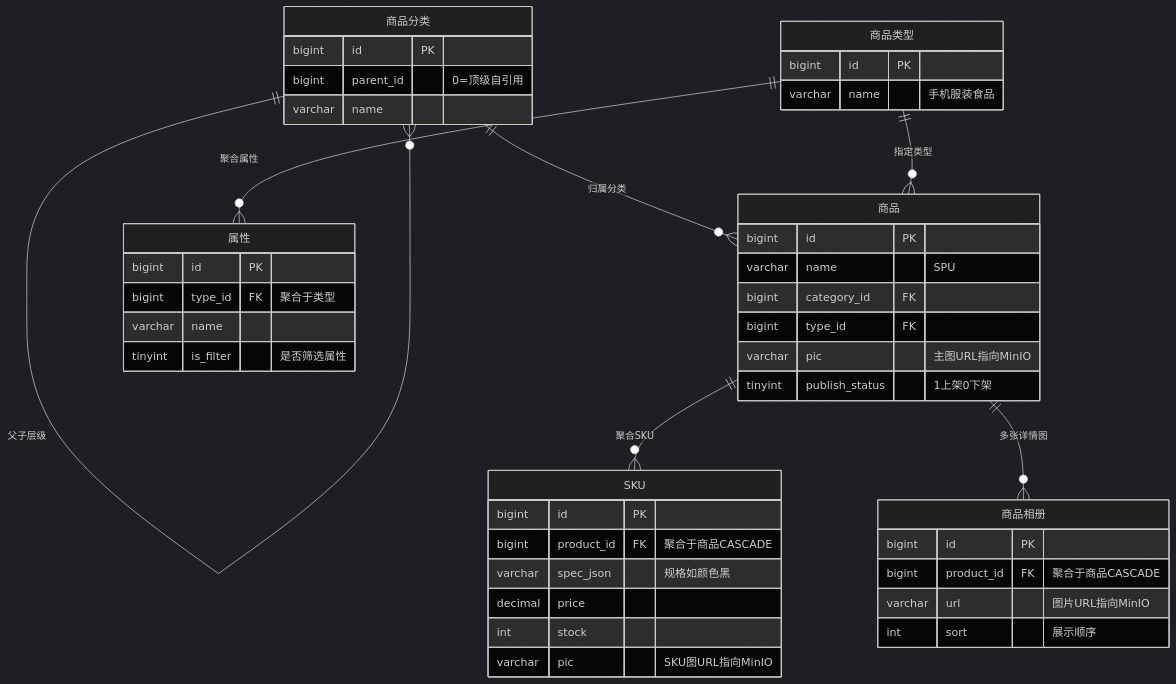
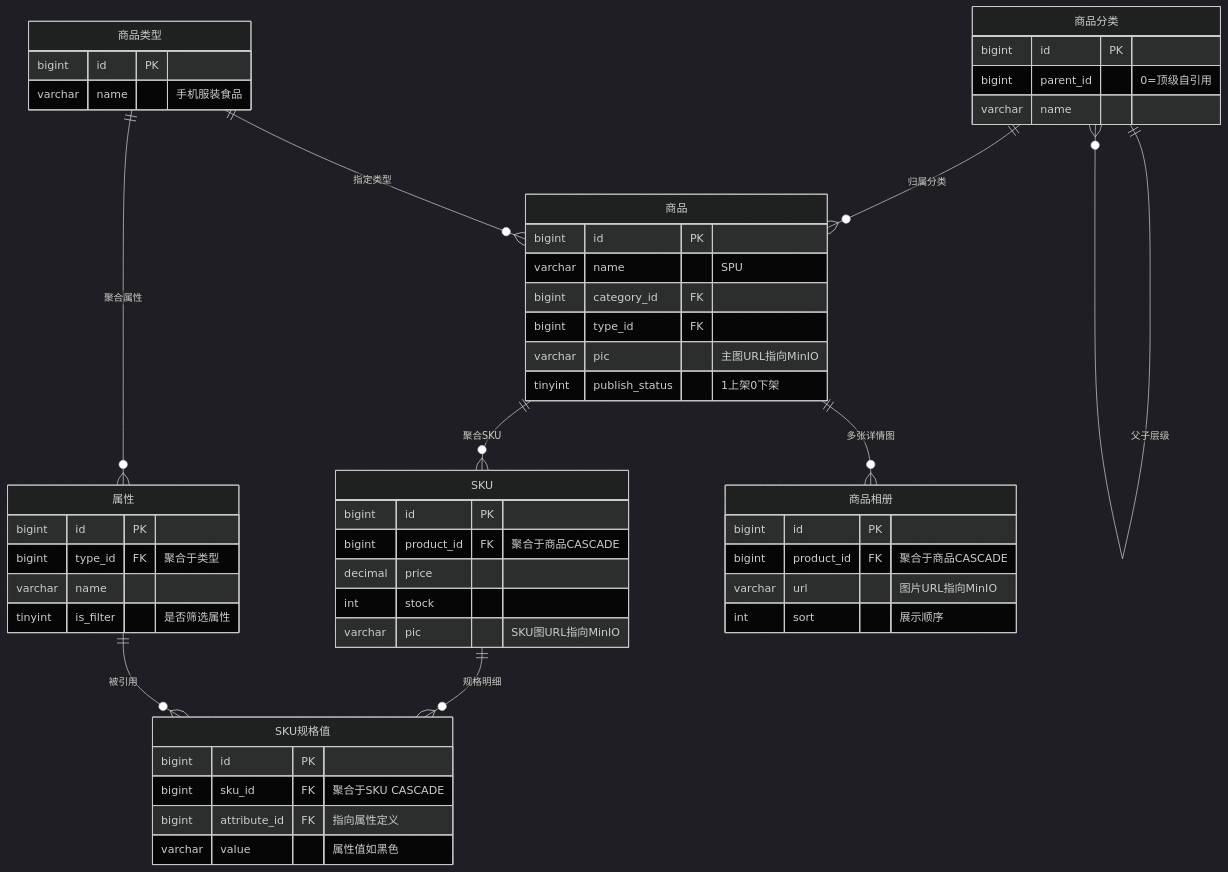
One commit to zzy-repo/qiqi-mall changed the diagram in docs/er/11-ER图-商品域.mmd. Above: the diagram before and after it, drawn with Mermaid (dark theme). The commit also changed 31 other files, not shown here.

Commit message:
feat: 商品域按新 ER 重构（SKU规格值关联表 sku_spec / 商品相册 product_gallery / 商品与SKU主图，下单扣库存）

```diff
--- a/docs/er/11-ER图-商品域.mmd
+++ b/docs/er/11-ER图-商品域.mmd
@@ -1,45 +1,52 @@
 erDiagram
     商品分类 ||--o{ 商品分类 : "父子层级"
     商品分类 ||--o{ 商品 : "归属分类"
     商品类型 ||--o{ 属性 : "聚合属性"
     商品类型 ||--o{ 商品 : "指定类型"
     商品 ||--o{ SKU : "聚合SKU"
+    SKU ||--o{ SKU规格值 : "规格明细"
+    属性 ||--o{ SKU规格值 : "被引用"
     商品 ||--o{ 商品相册 : "多张详情图"
 
     商品分类 {
         bigint id PK
         bigint parent_id "0=顶级自引用"
         varchar name
     }
     商品类型 {
         bigint id PK
         varchar name "手机服装食品"
     }
     属性 {
         bigint id PK
         bigint type_id FK "聚合于类型"
         varchar name
         tinyint is_filter "是否筛选属性"
     }
     商品 {
         bigint id PK
         varchar name "SPU"
         bigint category_id FK
         bigint type_id FK
         varchar pic "主图URL指向MinIO"
         tinyint publish_status "1上架0下架"
     }
     SKU {
         bigint id PK
         bigint product_id FK "聚合于商品CASCADE"
-        varchar spec_json "规格如颜色黑"
         decimal price
         int stock
         varchar pic "SKU图URL指向MinIO"
+    }
+    SKU规格值 {
+        bigint id PK
+        bigint sku_id FK "聚合于SKU CASCADE"
+        bigint attribute_id FK "指向属性定义"
+        varchar value "属性值如黑色"
     }
     商品相册 {
         bigint id PK
         bigint product_id FK "聚合于商品CASCADE"
         varchar url "图片URL指向MinIO"
         int sort "展示顺序"
     }
```
